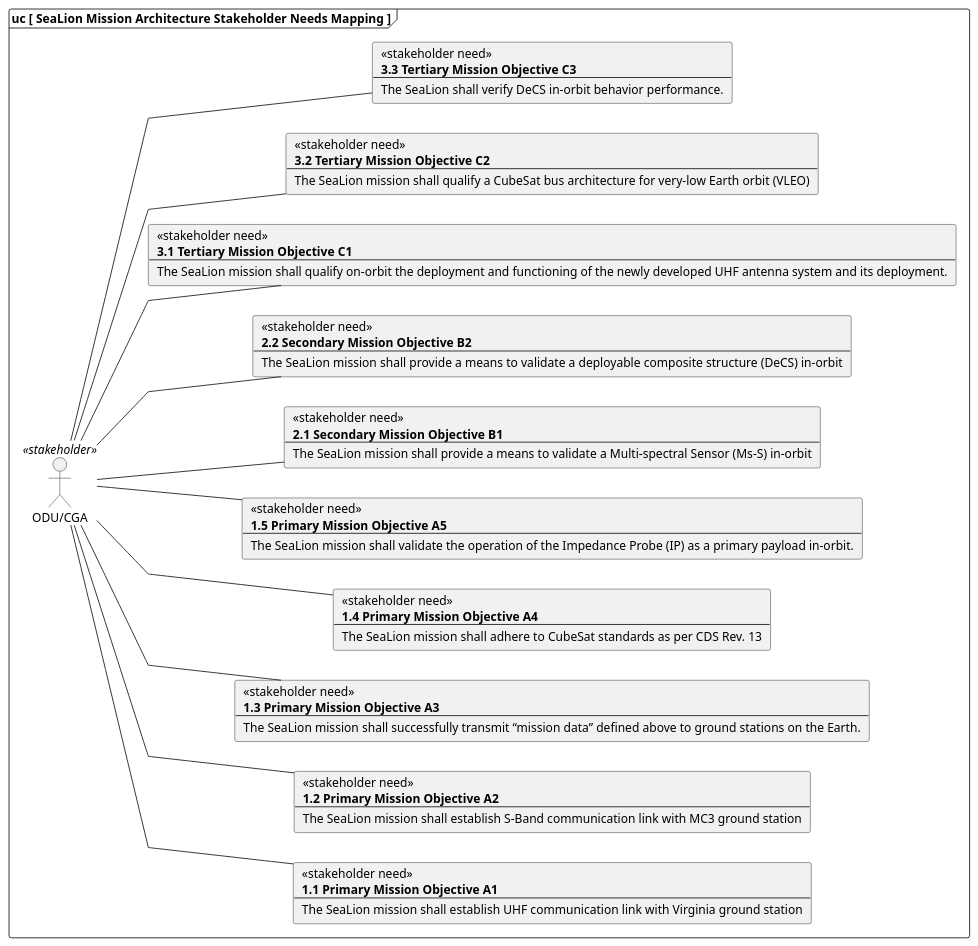
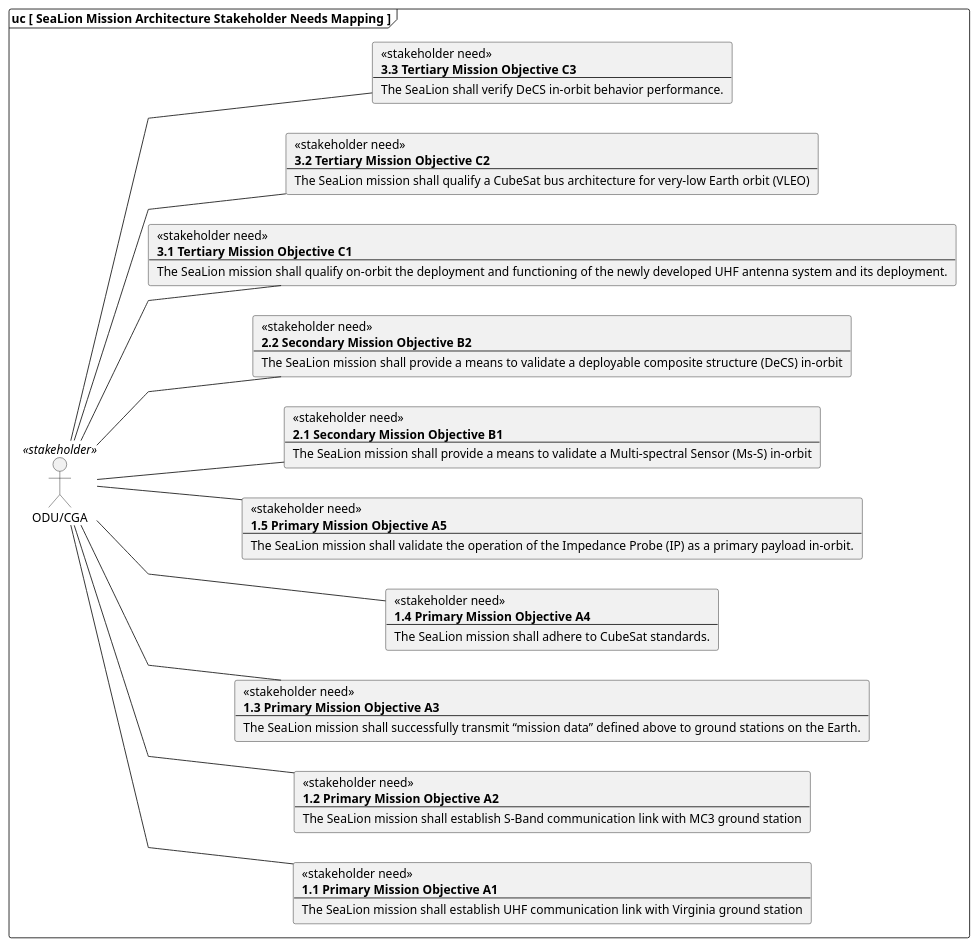
Before and after one commit to capsulecorplab/flight-software: the diagram in stakeholder-needs-mapping.puml, drawn with PlantUML. The commit also changed 20 other files, not shown here.

```diff
--- a/stakeholder-needs-mapping.puml
+++ b/stakeholder-needs-mapping.puml
@@ -1,96 +1,96 @@
 @startuml
 left to right direction
 skinparam linetype polyline
 
 /'
 skinparam linetype ortho
 '/
 
 frame "uc [ SeaLion Mission Architecture Stakeholder Needs Mapping ]" {
 
     actor "ODU/CGA" <<stakeholder>> as sh
 
     
         card sn1_1 [
             <<stakeholder need>>
             <b>1.1 Primary Mission Objective A1</b>
             --
             The SeaLion mission shall establish UHF communication link with Virginia ground station
         ]
         sh -- sn1_1
     
         card sn1_2 [
             <<stakeholder need>>
             <b>1.2 Primary Mission Objective A2</b>
             --
             The SeaLion mission shall establish S-Band communication link with MC3 ground station
         ]
         sh -- sn1_2
     
         card sn1_3 [
             <<stakeholder need>>
             <b>1.3 Primary Mission Objective A3</b>
             --
             The SeaLion mission shall successfully transmit “mission data” defined above to ground stations on the Earth.
         ]
         sh -- sn1_3
     
         card sn1_4 [
             <<stakeholder need>>
             <b>1.4 Primary Mission Objective A4</b>
             --
-            The SeaLion mission shall adhere to CubeSat standards as per CDS Rev. 13
+            The SeaLion mission shall adhere to CubeSat standards.
         ]
         sh -- sn1_4
     
         card sn1_5 [
             <<stakeholder need>>
             <b>1.5 Primary Mission Objective A5</b>
             --
             The SeaLion mission shall validate the operation of the Impedance Probe (IP) as a primary payload in-orbit.
         ]
         sh -- sn1_5
     
         card sn2_1 [
             <<stakeholder need>>
             <b>2.1 Secondary Mission Objective B1</b>
             --
             The SeaLion mission shall provide a means to validate a Multi-spectral Sensor (Ms-S) in-orbit
         ]
         sh -- sn2_1
     
         card sn2_2 [
             <<stakeholder need>>
             <b>2.2 Secondary Mission Objective B2</b>
             --
             The SeaLion mission shall provide a means to validate a deployable composite structure (DeCS) in-orbit
         ]
         sh -- sn2_2
     
         card sn3_1 [
             <<stakeholder need>>
             <b>3.1 Tertiary Mission Objective C1</b>
             --
             The SeaLion mission shall qualify on-orbit the deployment and functioning of the newly developed UHF antenna system and its deployment.
         ]
         sh -- sn3_1
     
         card sn3_2 [
             <<stakeholder need>>
             <b>3.2 Tertiary Mission Objective C2</b>
             --
             The SeaLion mission shall qualify a CubeSat bus architecture for very-low Earth orbit (VLEO)
         ]
         sh -- sn3_2
     
         card sn3_3 [
             <<stakeholder need>>
             <b>3.3 Tertiary Mission Objective C3</b>
             --
             The SeaLion shall verify DeCS in-orbit behavior performance.
         ]
         sh -- sn3_3
     
 
 }
 @enduml
```
